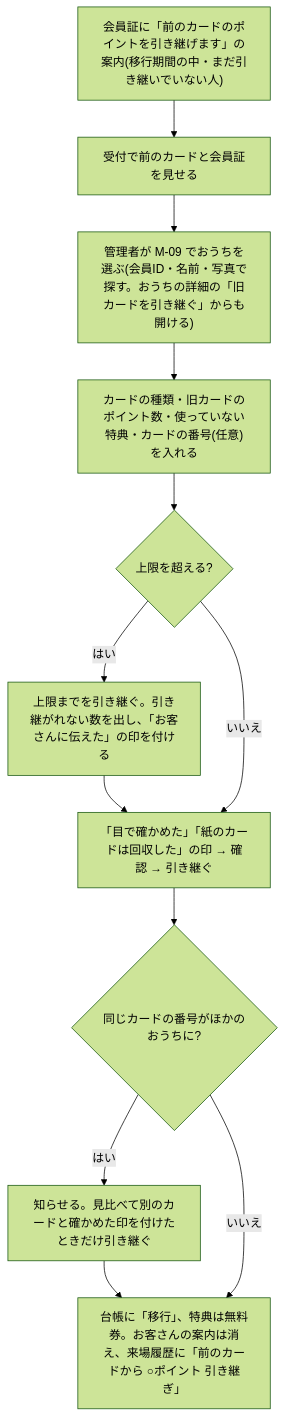
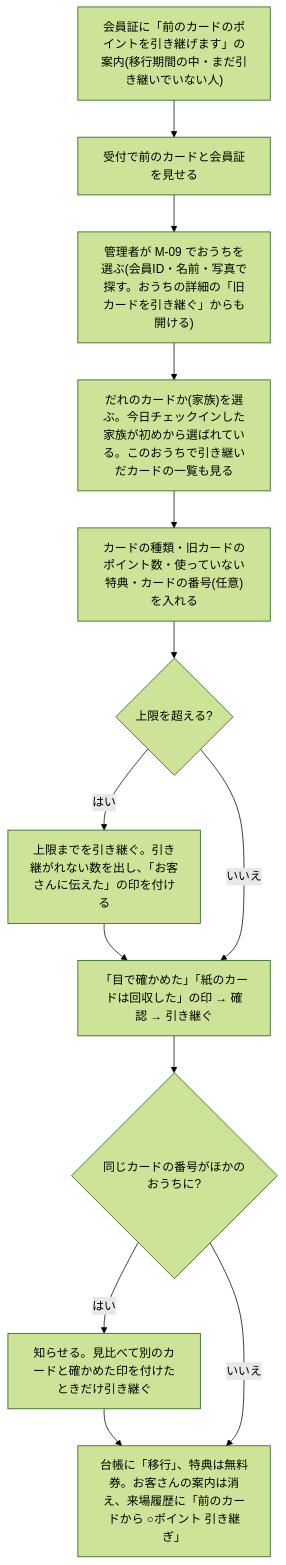
The fourth of 4 diagrams in docs/requirements.md (shopippi/dog_run_system), drawn with Mermaid (forest theme) before and after one commit. The commit also changed other lines of this file and 3 other files, not shown here.

````diff
--- a/docs/requirements.md
+++ b/docs/requirements.md
@@ -772,12 +772,13 @@
 ```mermaid
 flowchart TD
   A["会員証に「前のカードのポイントを引き継げます」の案内(移行期間の中・まだ引き継いでいない人)"] --> B[受付で前のカードと会員証を見せる]
   B --> C["管理者が M-09 でおうちを選ぶ(会員ID・名前・写真で探す。おうちの詳細の「旧カードを引き継ぐ」からも開ける)"]
-  C --> D["カードの種類・旧カードのポイント数・使っていない特典・カードの番号(任意)を入れる"]
+  C --> W["だれのカードか(家族)を選ぶ。今日チェックインした家族が初めから選ばれている。このおうちで引き継いだカードの一覧も見る"]
+  W --> D["カードの種類・旧カードのポイント数・使っていない特典・カードの番号(任意)を入れる"]
   D --> E{上限を超える?}
   E -- はい --> F["上限までを引き継ぐ。引き継がれない数を出し、「お客さんに伝えた」の印を付ける"] --> G
   E -- いいえ --> G["「目で確かめた」「紙のカードは回収した」の印 → 確認 → 引き継ぐ"]
   G --> H{同じカードの番号がほかのおうちに?}
   H -- はい --> I["知らせる。見比べて別のカードと確かめた印を付けたときだけ引き継ぐ"] --> J
   H -- いいえ --> J["台帳に「移行」、特典は無料券。お客さんの案内は消え、来場履歴に「前のカードから ○ポイント 引き継ぎ」"]
 ```
````
